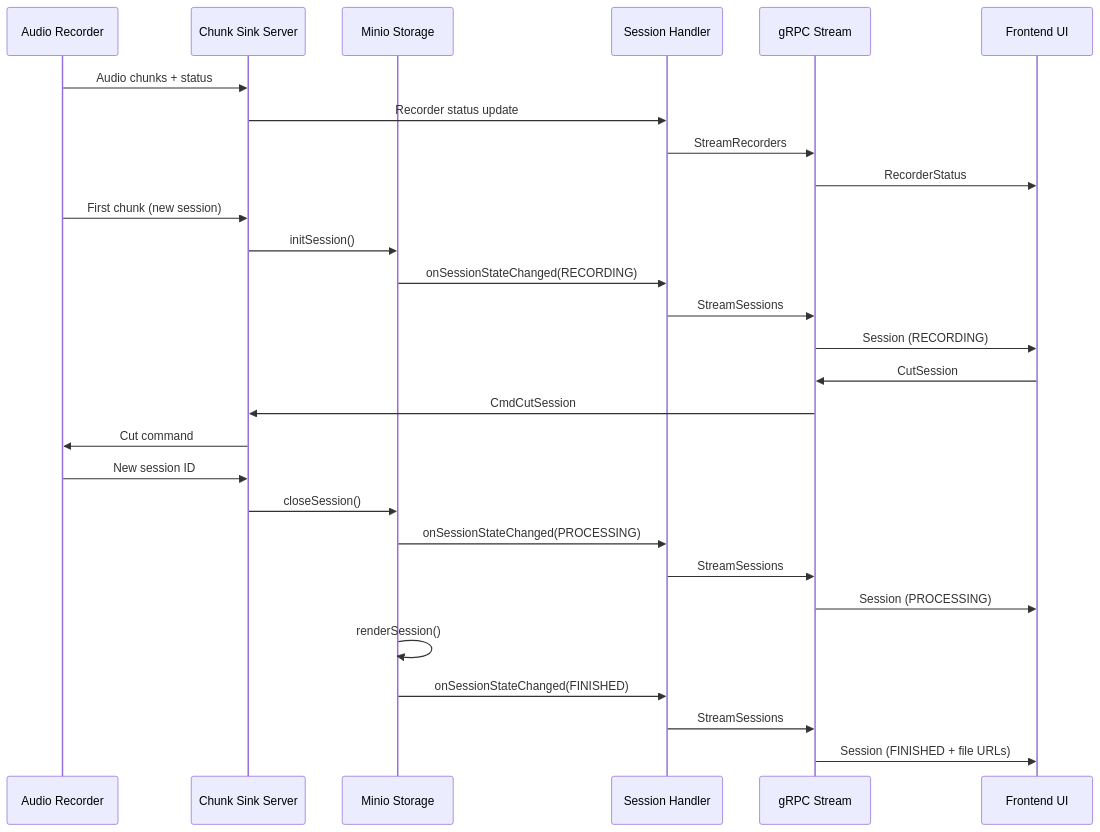
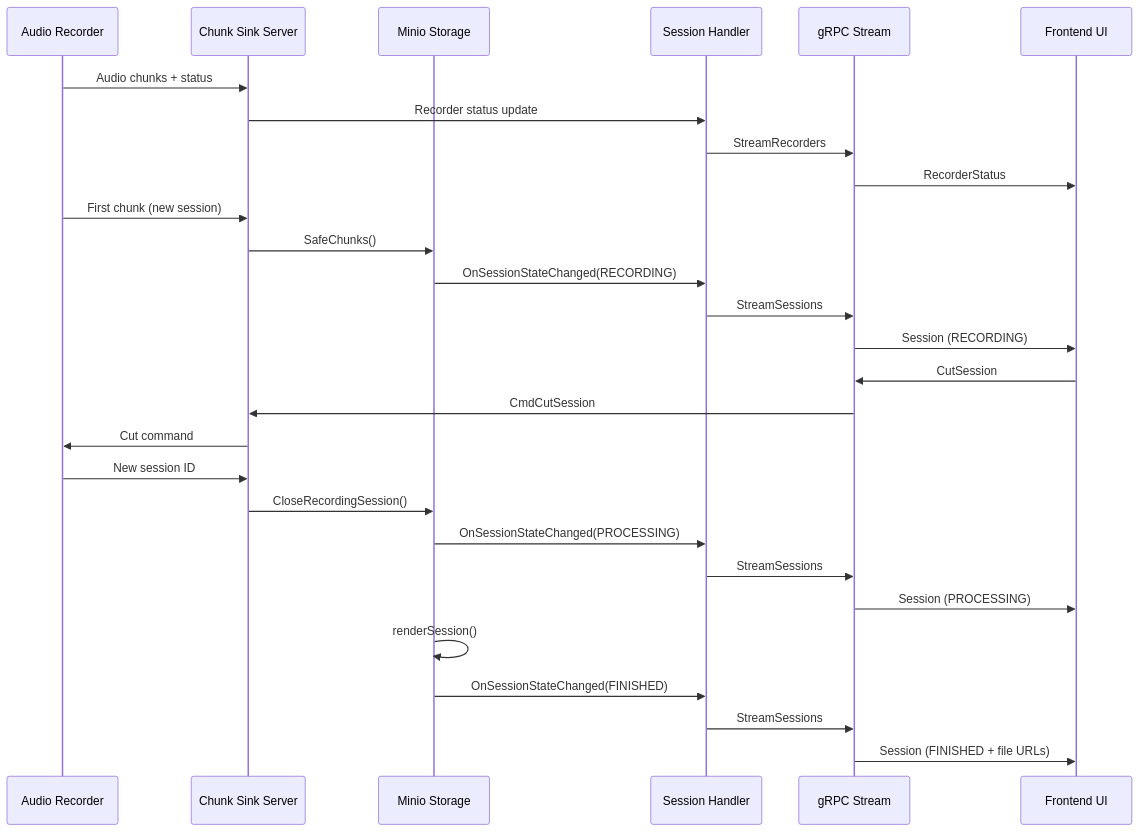
The fourth of 6 diagrams in docs/state-lifecycle.md (pascalhuerst/session-recorder), drawn with Mermaid before and after one commit. The commit also changed other lines of this file and 6 other files, not shown here.

````diff
--- a/docs/state-lifecycle.md
+++ b/docs/state-lifecycle.md
@@ -106,40 +173,40 @@
 ```mermaid
 sequenceDiagram
     participant Recorder as Audio Recorder
     participant ChunkSink as Chunk Sink Server
     participant Storage as Minio Storage
     participant Handler as Session Handler
     participant gRPC as gRPC Stream
     participant UI as Frontend UI
 
     %% Recorder Status Flow
     Recorder->>ChunkSink: Audio chunks + status
     ChunkSink->>Handler: Recorder status update
     Handler->>gRPC: StreamRecorders
     gRPC->>UI: RecorderStatus
 
     %% Session Creation
     Recorder->>ChunkSink: First chunk (new session)
-    ChunkSink->>Storage: initSession()
-    Storage->>Handler: onSessionStateChanged(RECORDING)
+    ChunkSink->>Storage: SafeChunks()
+    Storage->>Handler: OnSessionStateChanged(RECORDING)
     Handler->>gRPC: StreamSessions
     gRPC->>UI: Session (RECORDING)
 
     %% Session Cut
     UI->>gRPC: CutSession
     gRPC->>ChunkSink: CmdCutSession
     ChunkSink->>Recorder: Cut command
 
     %% Session Processing
     Recorder->>ChunkSink: New session ID
-    ChunkSink->>Storage: closeSession()
-    Storage->>Handler: onSessionStateChanged(PROCESSING)
+    ChunkSink->>Storage: CloseRecordingSession()
+    Storage->>Handler: OnSessionStateChanged(PROCESSING)
     Handler->>gRPC: StreamSessions
     gRPC->>UI: Session (PROCESSING)
 
     %% Rendering Complete
     Storage->>Storage: renderSession()
-    Storage->>Handler: onSessionStateChanged(FINISHED)
+    Storage->>Handler: OnSessionStateChanged(FINISHED)
     Handler->>gRPC: StreamSessions
     gRPC->>UI: Session (FINISHED + file URLs)
 ```
````
